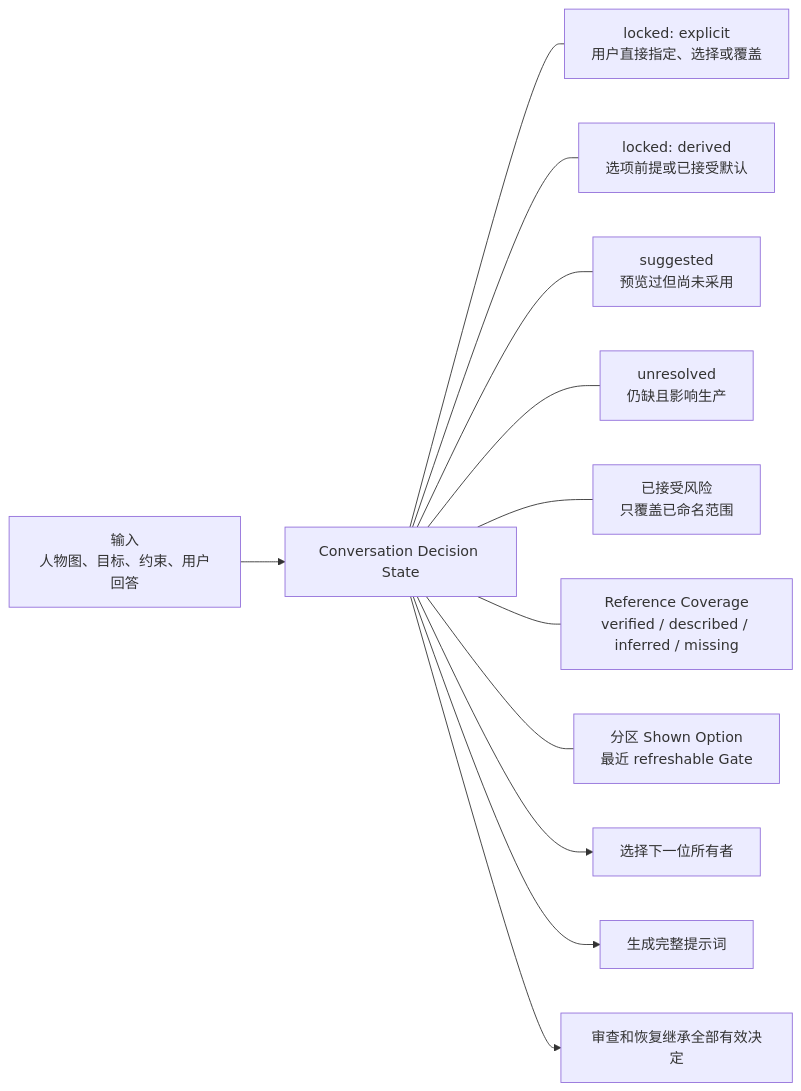
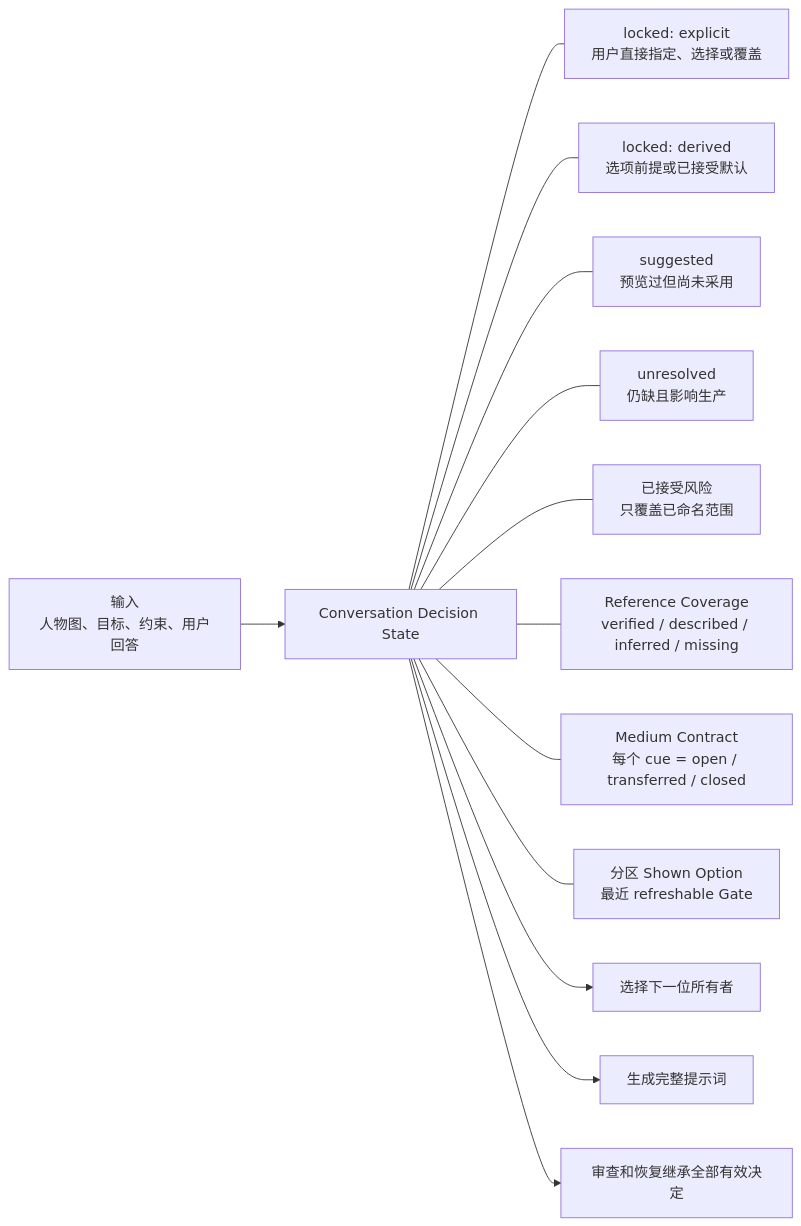
One commit to cyaoc/cast-me changed the third of 13 diagrams in docs/architecture.md. Above: the diagram before and after it, drawn with Mermaid. The commit also changed other lines of this file and 5 other files, not shown here.

````diff
--- a/docs/architecture.md
+++ b/docs/architecture.md
@@ -135,16 +136,17 @@
 ```mermaid
 flowchart LR
     INPUT["输入<br/>人物图、目标、约束、用户回答"] --> STATE["Conversation Decision State"]
 
     STATE --- E["locked: explicit<br/>用户直接指定、选择或覆盖"]
     STATE --- D["locked: derived<br/>选项前提或已接受默认"]
     STATE --- S["suggested<br/>预览过但尚未采用"]
     STATE --- U["unresolved<br/>仍缺且影响生产"]
     STATE --- RISK["已接受风险<br/>只覆盖已命名范围"]
     STATE --- COVER["Reference Coverage<br/>verified / described / inferred / missing"]
+    STATE --- MEDIUM["Medium Contract<br/>每个 cue = open / transferred / closed"]
     STATE --- HIST["分区 Shown Option<br/>最近 refreshable Gate"]
 
     STATE --> ROUTE["选择下一位所有者"]
     STATE --> PROMPT["生成完整提示词"]
     STATE --> REVIEW["审查和恢复继承全部有效决定"]
 ```
````
